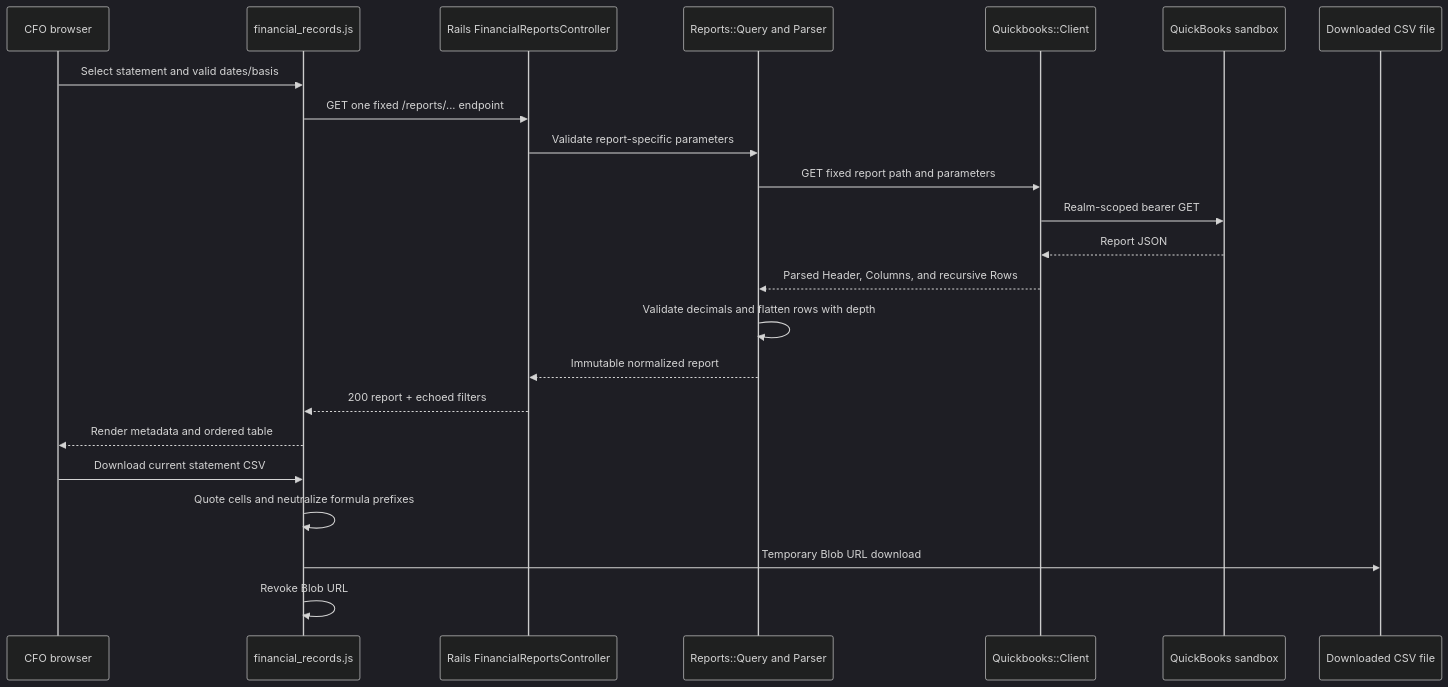
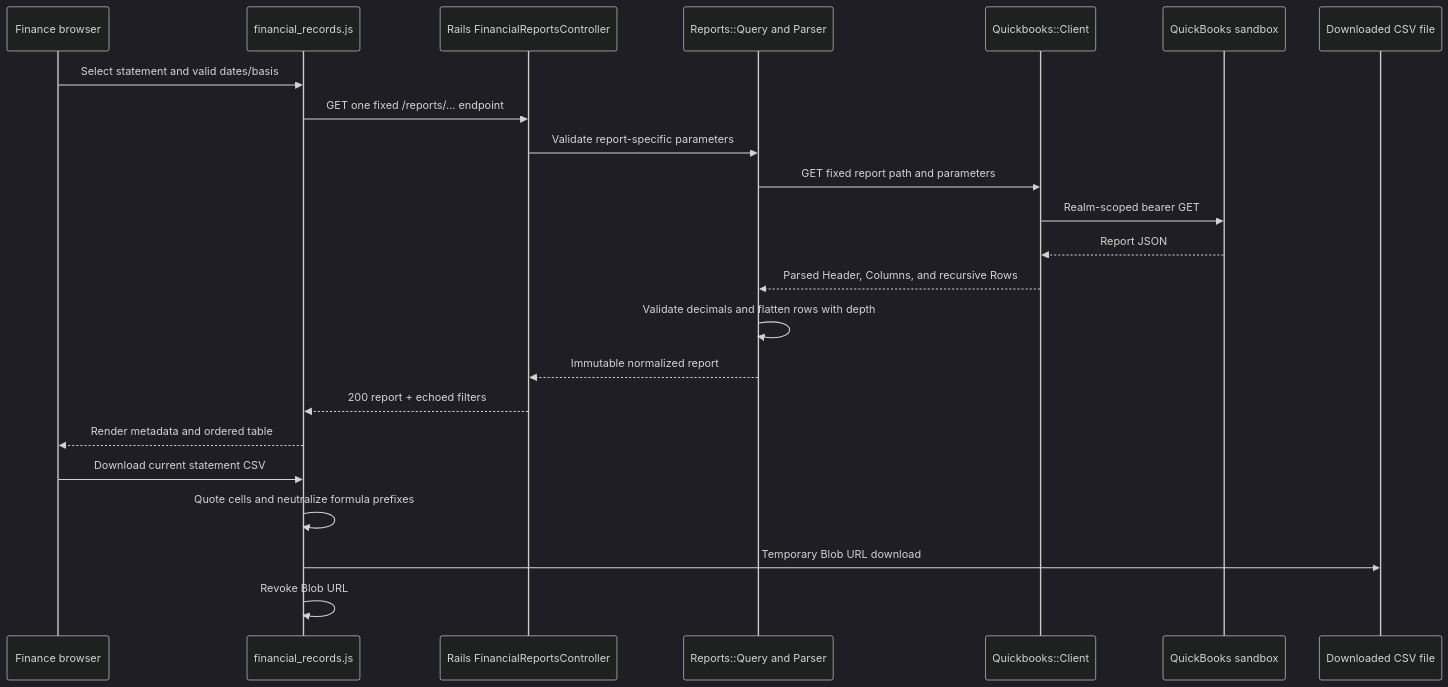
The second of 7 diagrams in docs/data_flow.md (nakshatrasinghh/qbo-finance-bridge), drawn with Mermaid (dark theme) before and after one commit. The commit also changed other lines of this file and 17 other files, not shown here.

````diff
--- a/docs/data_flow.md
+++ b/docs/data_flow.md
@@ -44,25 +44,25 @@
 ```mermaid
 sequenceDiagram
-  participant B as CFO browser
+  participant B as Finance browser
   participant J as financial_records.js
   participant A as Rails FinancialReportsController
   participant R as Reports::Query and Parser
   participant H as Quickbooks::Client
   participant Q as QuickBooks sandbox
   participant F as Downloaded CSV file
   B->>J: Select statement and valid dates/basis
   J->>A: GET one fixed /reports/... endpoint
   A->>R: Validate report-specific parameters
   R->>H: GET fixed report path and parameters
   H->>Q: Realm-scoped bearer GET
   Q-->>H: Report JSON
   H-->>R: Parsed Header, Columns, and recursive Rows
   R->>R: Validate decimals and flatten rows with depth
   R-->>A: Immutable normalized report
   A-->>J: 200 report + echoed filters
   J-->>B: Render metadata and ordered table
   B->>J: Download current statement CSV
   J->>J: Quote cells and neutralize formula prefixes
   J->>F: Temporary Blob URL download
   J->>J: Revoke Blob URL
 ```
````
